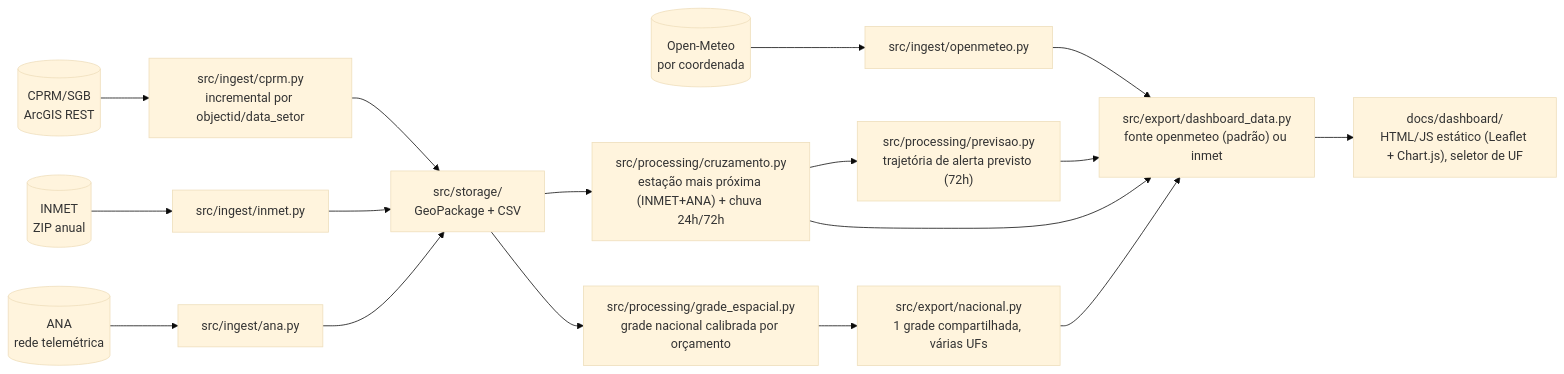
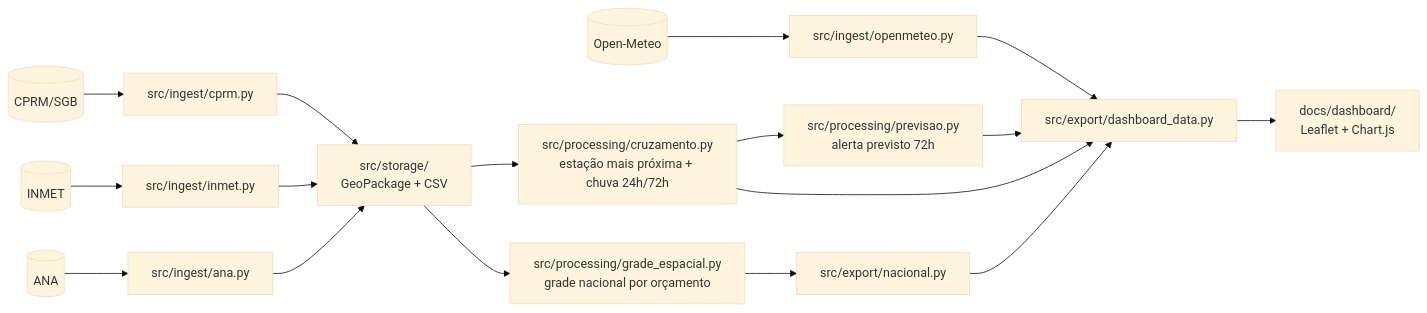
The diagram in README.md (hcristosm/ORCA), drawn with Mermaid (base theme) before and after one commit. The commit also changed other lines of this file and 14 other files, not shown here.

````diff
--- a/README.md
+++ b/README.md
@@ -91,19 +79,19 @@
 ```mermaid
 flowchart LR
-    CPRM[("CPRM/SGB<br/>ArcGIS REST")] --> ING1["src/ingest/cprm.py<br/>incremental por objectid/data_setor"]
-    INMET[("INMET<br/>ZIP anual")] --> ING2["src/ingest/inmet.py"]
-    ANA[("ANA<br/>rede telemétrica")] --> ING3["src/ingest/ana.py"]
-    OM[("Open-Meteo<br/>por coordenada")] --> ING4["src/ingest/openmeteo.py"]
+    CPRM[("CPRM/SGB")] --> ING1["src/ingest/cprm.py"]
+    INMET[("INMET")] --> ING2["src/ingest/inmet.py"]
+    ANA[("ANA")] --> ING3["src/ingest/ana.py"]
+    OM[("Open-Meteo")] --> ING4["src/ingest/openmeteo.py"]
     ING1 --> STORE["src/storage/<br/>GeoPackage + CSV"]
     ING2 --> STORE
     ING3 --> STORE
-    STORE --> PROC["src/processing/cruzamento.py<br/>estação mais próxima (INMET+ANA) + chuva 24h/72h"]
-    STORE --> GRADE["src/processing/grade_espacial.py<br/>grade nacional calibrada por orçamento"]
-    GRADE --> NAC["src/export/nacional.py<br/>1 grade compartilhada, várias UFs"]
-    PROC --> PREV["src/processing/previsao.py<br/>trajetória de alerta previsto (72h)"]
-    PROC --> EXPORT["src/export/dashboard_data.py<br/>fonte openmeteo (padrão) ou inmet"]
+    STORE --> PROC["src/processing/cruzamento.py<br/>estação mais próxima + chuva 24h/72h"]
+    STORE --> GRADE["src/processing/grade_espacial.py<br/>grade nacional por orçamento"]
+    GRADE --> NAC["src/export/nacional.py"]
+    PROC --> PREV["src/processing/previsao.py<br/>alerta previsto 72h"]
+    PROC --> EXPORT["src/export/dashboard_data.py"]
     NAC --> EXPORT
     PREV --> EXPORT
     ING4 --> EXPORT
-    EXPORT --> DASH["docs/dashboard/<br/>HTML/JS estático (Leaflet + Chart.js), seletor de UF"]
+    EXPORT --> DASH["docs/dashboard/<br/>Leaflet + Chart.js"]
 ```
````
